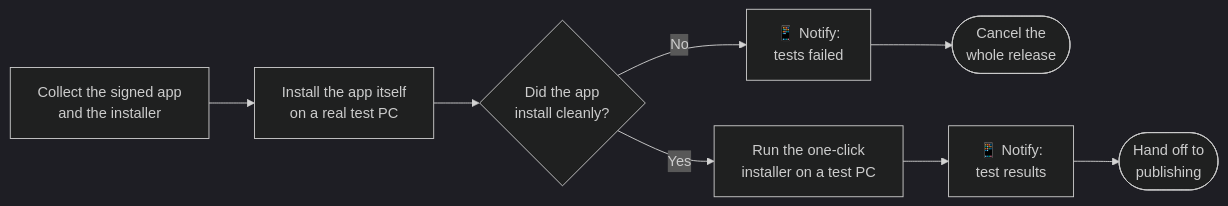
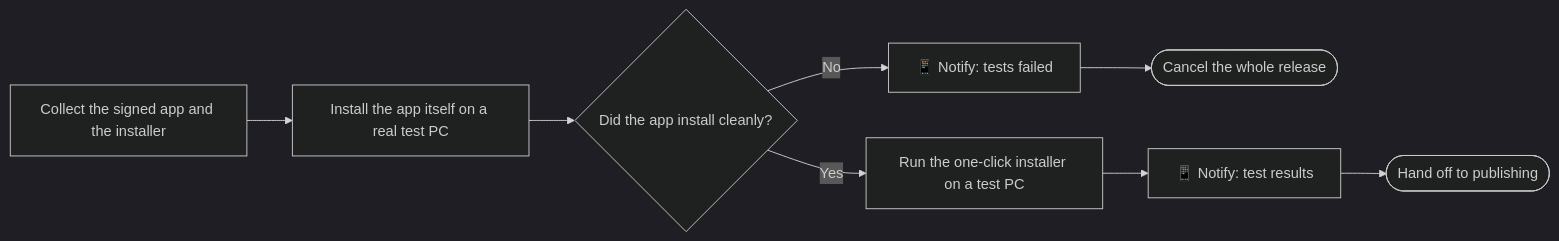
One commit to tanzim2000/fluentflyout-unofficial changed the fifth of 8 diagrams in docs/FluentFlyout Unofficial Publication Script Pipeline Flowchart.md. Above: the diagram before and after it, drawn with Mermaid (dark theme). The commit also changed other lines of this file, not shown here.

````diff
--- a/docs/FluentFlyout Unofficial Publication Script Pipeline Flowchart.md
+++ b/docs/FluentFlyout Unofficial Publication Script Pipeline Flowchart.md
@@ -63,10 +62,10 @@
 ```mermaid
 flowchart LR
-    A["Collect the signed app<br/>and the installer"] --> B["Install the app itself<br/>on a real test PC"]
-    B --> C{"Did the app<br/>install cleanly?"}
-    C -- "No" --> Fail["📱 Notify:<br/>tests failed"]
-    Fail --> FailEnd(["Cancel the<br/>whole release"])
-    C -- "Yes" --> D["Run the one-click<br/>installer on a test PC"]
-    D --> E["📱 Notify:<br/>test results"]
-    E --> F(["Hand off to<br/>publishing"])
+    A["Collect the signed app and the installer"] --> B["Install the app itself on a real test PC"]
+    B --> C{"Did the app install cleanly?"}
+    C -- "No" --> Fail["📱 Notify: tests failed"]
+    Fail --> FailEnd(["Cancel the whole release"])
+    C -- "Yes" --> D["Run the one-click installer on a test PC"]
+    D --> E["📱 Notify: test results"]
+    E --> F(["Hand off to publishing"])
 ```
````
